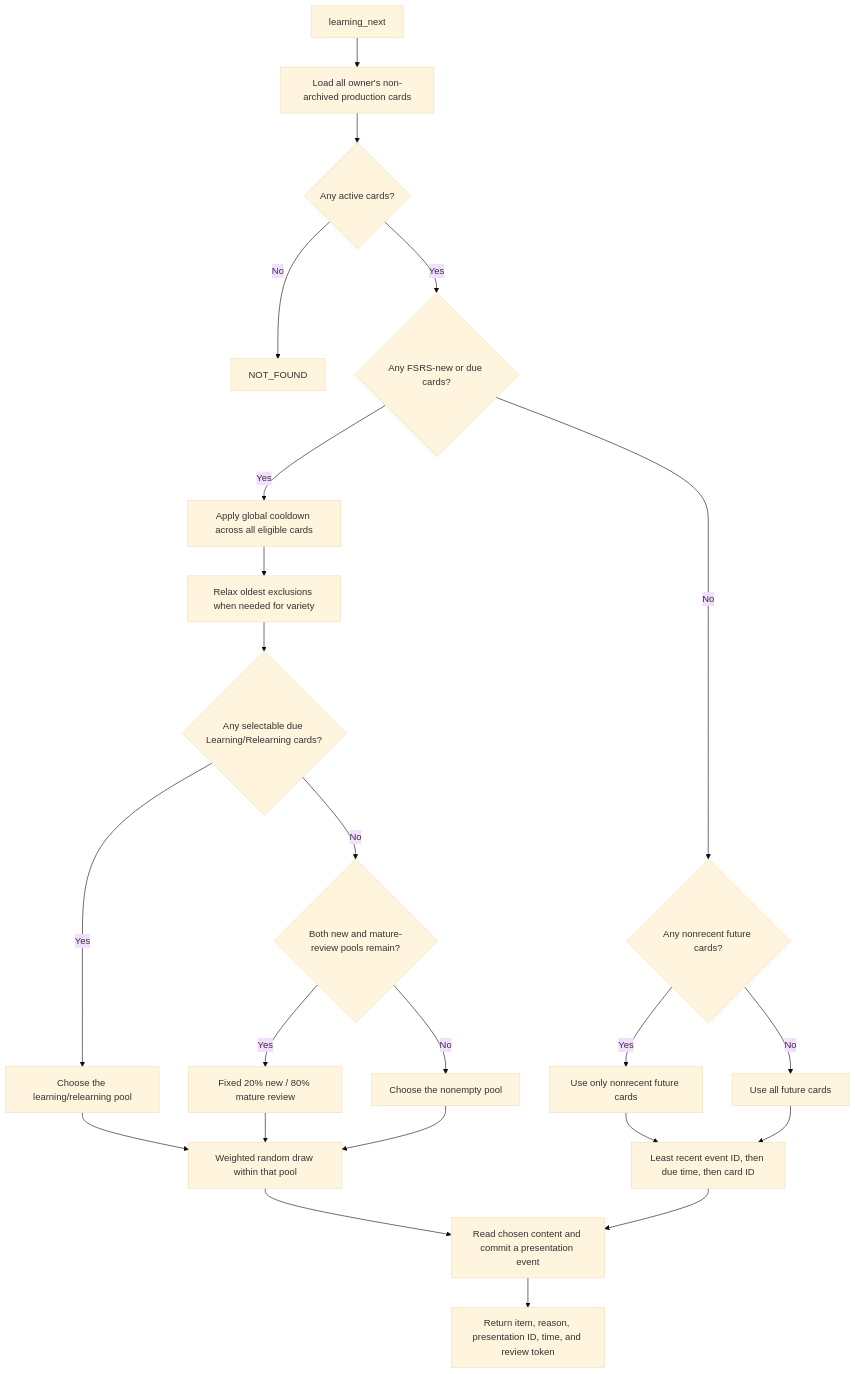
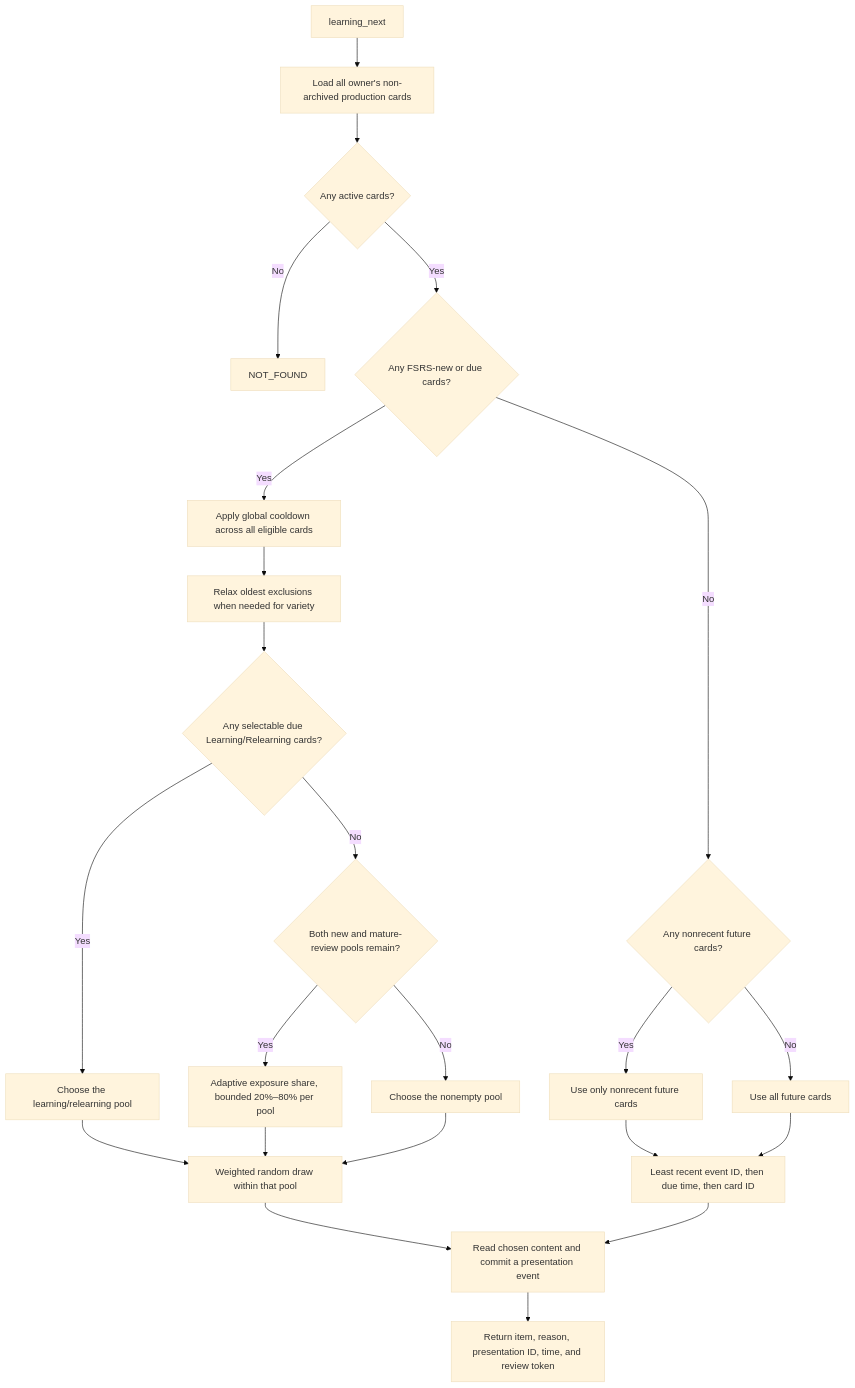
Before and after one commit to cjvnjde/chatgpt-english-mcp: the third of 6 diagrams in docs/how-it-works.md, drawn with Mermaid (base theme). The commit also changed other lines of this file and 9 other files, not shown here.

````diff
--- a/docs/how-it-works.md
+++ b/docs/how-it-works.md
@@ -304,26 +304,26 @@
 ```mermaid
 flowchart TD
     Start["learning_next"] --> Load["Load all owner's non-archived production cards"]
     Load --> Any{"Any active cards?"}
     Any -->|"No"| Empty["NOT_FOUND"]
     Any -->|"Yes"| Eligible{"Any FSRS-new or due cards?"}
     Eligible -->|"Yes"| Filter["Apply global cooldown across all eligible cards"]
     Filter --> Adapt["Relax oldest exclusions when needed for variety"]
     Adapt --> Steps{"Any selectable due Learning/Relearning cards?"}
     Steps -->|"Yes"| Learning["Choose the learning/relearning pool"]
     Steps -->|"No"| Both{"Both new and mature-review pools remain?"}
-    Both -->|"Yes"| Mix["Fixed 20% new / 80% mature review"]
+    Both -->|"Yes"| Mix["Adaptive exposure share, bounded 20%–80% per pool"]
     Both -->|"No"| Only["Choose the nonempty pool"]
     Learning --> Lottery["Weighted random draw within that pool"]
     Mix --> Lottery
     Only --> Lottery
     Eligible -->|"No"| Future{"Any nonrecent future cards?"}
     Future -->|"Yes"| Restrict["Use only nonrecent future cards"]
     Future -->|"No"| All["Use all future cards"]
     Restrict --> Oldest["Least recent event ID, then due time, then card ID"]
     All --> Oldest
     Commit["Read chosen content and commit a presentation event"]
     Lottery --> Commit
     Oldest --> Commit
     Commit --> Return["Return item, reason, presentation ID, time, and review token"]
 ```
````
